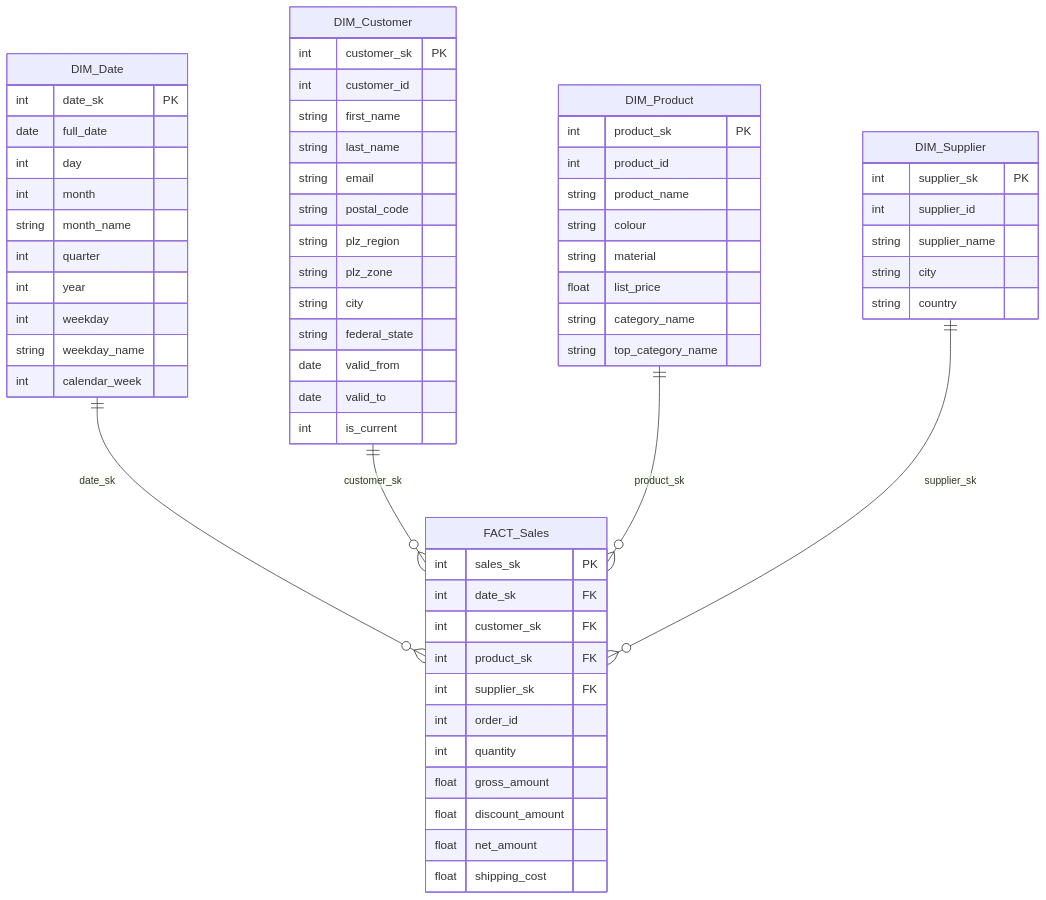
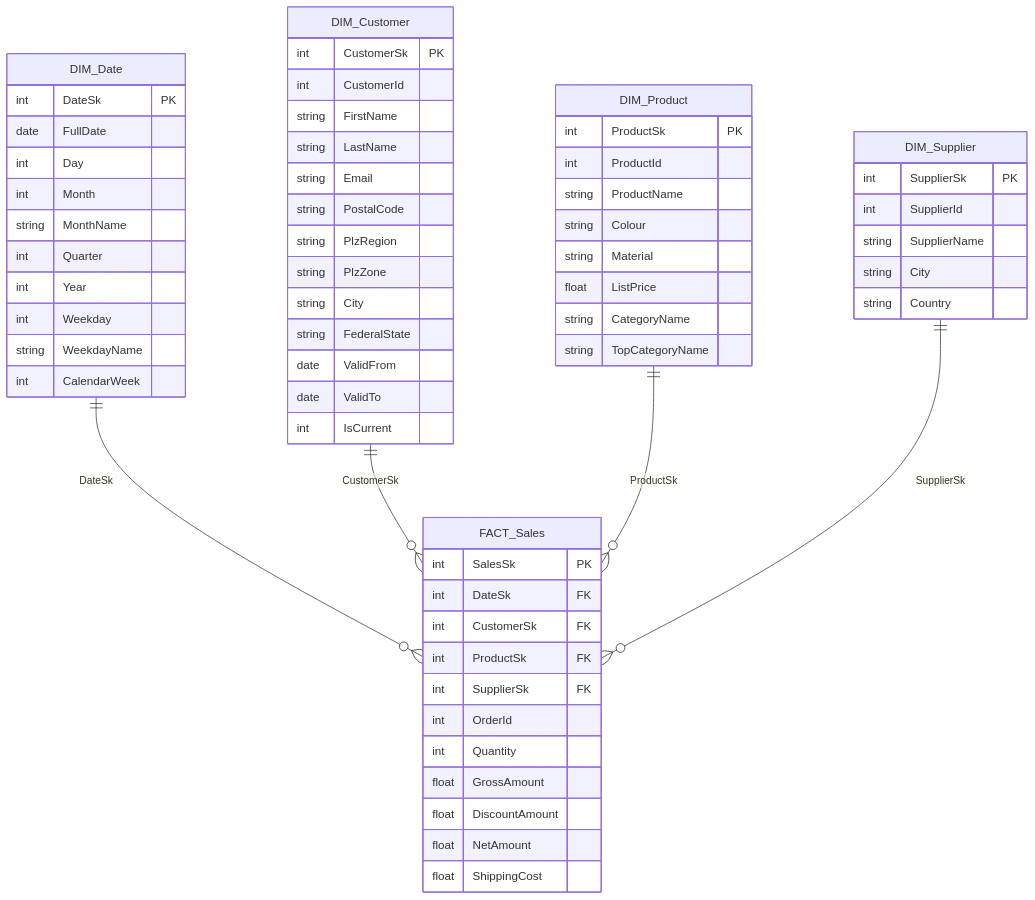
One commit to pubali512/py_projects changed the third of 3 diagrams in online_furniture_data_warehousing/docs/project_documentation.md. Above: the diagram before and after it, drawn with Mermaid. The commit also changed other lines of this file and 27 other files, not shown here.

````diff
--- a/online_furniture_data_warehousing/docs/project_documentation.md
+++ b/online_furniture_data_warehousing/docs/project_documentation.md
@@ -174,65 +174,65 @@
 ```mermaid
 erDiagram
     DIM_Date {
-        int date_sk PK
-        date full_date
-        int day
-        int month
-        string month_name
-        int quarter
-        int year
-        int weekday
-        string weekday_name
-        int calendar_week
+        int DateSk PK
+        date FullDate
+        int Day
+        int Month
+        string MonthName
+        int Quarter
+        int Year
+        int Weekday
+        string WeekdayName
+        int CalendarWeek
     }
     DIM_Customer {
-        int customer_sk PK
-        int customer_id
-        string first_name
-        string last_name
-        string email
-        string postal_code
-        string plz_region
-        string plz_zone
-        string city
-        string federal_state
-        date valid_from
-        date valid_to
-        int is_current
+        int CustomerSk PK
+        int CustomerId
+        string FirstName
+        string LastName
+        string Email
+        string PostalCode
+        string PlzRegion
+        string PlzZone
+        string City
+        string FederalState
+        date ValidFrom
+        date ValidTo
+        int IsCurrent
     }
     DIM_Product {
-        int product_sk PK
-        int product_id
-        string product_name
-        string colour
-        string material
-        float list_price
-        string category_name
-        string top_category_name
+        int ProductSk PK
+        int ProductId
+        string ProductName
+        string Colour
+        string Material
+        float ListPrice
+        string CategoryName
+        string TopCategoryName
     }
     DIM_Supplier {
-        int supplier_sk PK
-        int supplier_id
-        string supplier_name
-        string city
-        string country
+        int SupplierSk PK
+        int SupplierId
+        string SupplierName
+        string City
+        string Country
     }
     FACT_Sales {
-        int sales_sk PK
-        int date_sk FK
-        int customer_sk FK
-        int product_sk FK
-        int supplier_sk FK
-        int order_id
-        int quantity
-        float gross_amount
-        float discount_amount
-        float net_amount
-        float shipping_cost
+        int SalesSk PK
+        int DateSk FK
+        int CustomerSk FK
+        int ProductSk FK
+        int SupplierSk FK
+        int OrderId
+        int Quantity
+        float GrossAmount
+        float DiscountAmount
+        float NetAmount
+        float ShippingCost
     }
 
-    DIM_Date     ||--o{ FACT_Sales : "date_sk"
-    DIM_Customer ||--o{ FACT_Sales : "customer_sk"
-    DIM_Product  ||--o{ FACT_Sales : "product_sk"
-    DIM_Supplier ||--o{ FACT_Sales : "supplier_sk"
+    DIM_Date     ||--o{ FACT_Sales : "DateSk"
+    DIM_Customer ||--o{ FACT_Sales : "CustomerSk"
+    DIM_Product  ||--o{ FACT_Sales : "ProductSk"
+    DIM_Supplier ||--o{ FACT_Sales : "SupplierSk"
 ```
````
